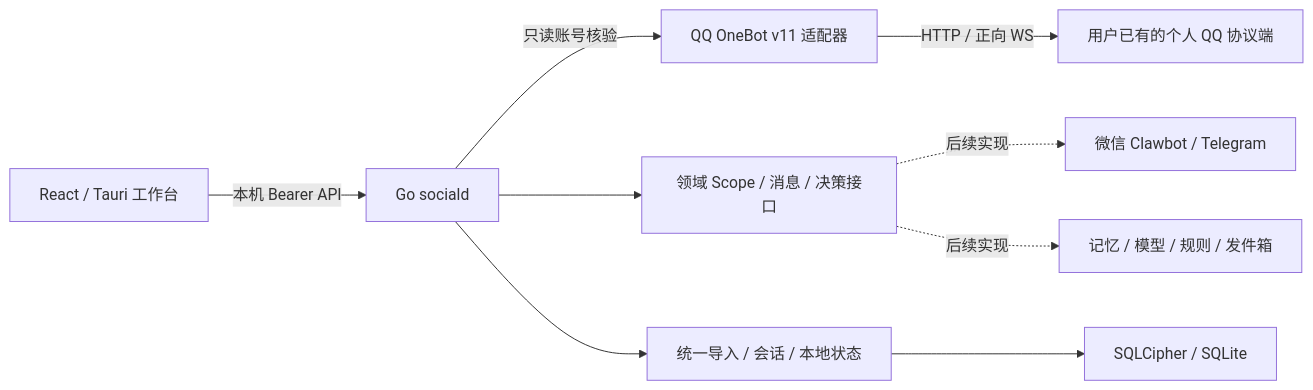
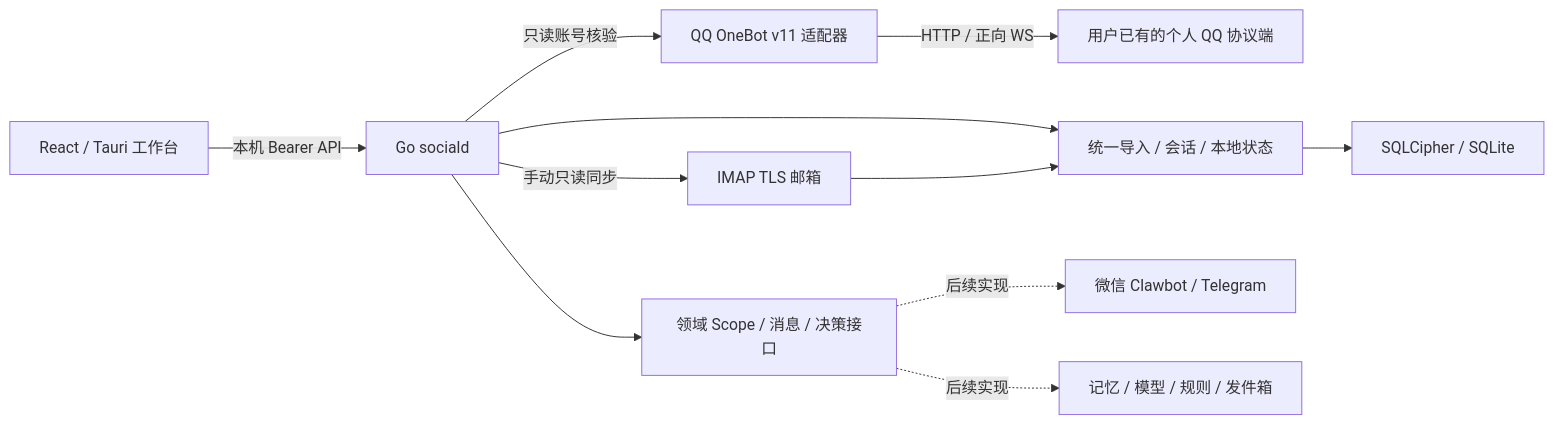
One commit to qilinbro/msg-manager changed the diagram in README.md. Above: the diagram before and after it, drawn with Mermaid. The commit also changed other lines of this file and 49 other files, not shown here.

First line of the commit message:
feat(email): [T06] add readonly IMAP mailbox sync to unified inbox

````diff
--- a/README.md
+++ b/README.md
@@ -77,11 +78,13 @@
 ```mermaid
 flowchart LR
     UI[React / Tauri 工作台] -->|本机 Bearer API| API[Go sociald]
     API -->|只读账号核验| QQ[QQ OneBot v11 适配器]
     QQ -->|HTTP / 正向 WS| PROVIDER[用户已有的个人 QQ 协议端]
     API --> DOMAIN[领域 Scope / 消息 / 决策接口]
     API --> INBOX[统一导入 / 会话 / 本地状态]
     INBOX --> STORE[SQLCipher / SQLite]
+    API -->|手动只读同步| EMAIL[IMAP TLS 邮箱]
+    EMAIL --> INBOX
     DOMAIN -. 后续实现 .-> CONNECTOR[微信 Clawbot / Telegram]
     DOMAIN -. 后续实现 .-> AGENT[记忆 / 模型 / 规则 / 发件箱]
 ```
````
